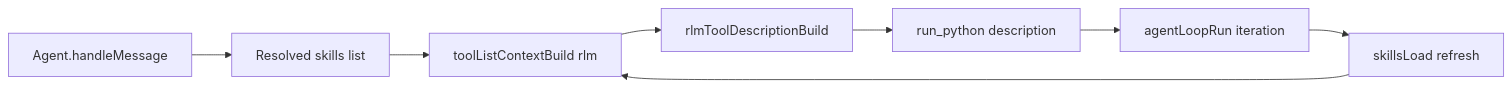
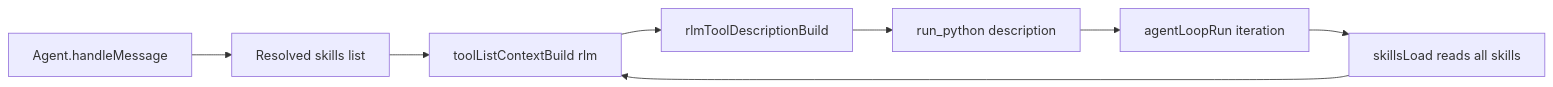
Before and after one commit to ex3ndr/daycare: the third of 3 diagrams in doc/internals/skills.md, drawn with Mermaid. The commit also changed other lines of this file and 1 other file, not shown here.

Commit message:
docs(skills): describe read-before-inference semantics

````diff
--- a/doc/internals/skills.md
+++ b/doc/internals/skills.md
@@ -100,10 +100,10 @@
 ```mermaid
 flowchart LR
   Agent[Agent.handleMessage] --> Skills[Resolved skills list]
   Skills --> ToolList[toolListContextBuild rlm]
   ToolList --> Desc[rlmToolDescriptionBuild]
   Desc --> Python[run_python description]
   Python --> Loop[agentLoopRun iteration]
-  Loop --> Reload[skillsLoad refresh]
-  Reload --> ToolList
+  Loop --> Read[skillsLoad reads all skills]
+  Read --> ToolList
 ```
````
